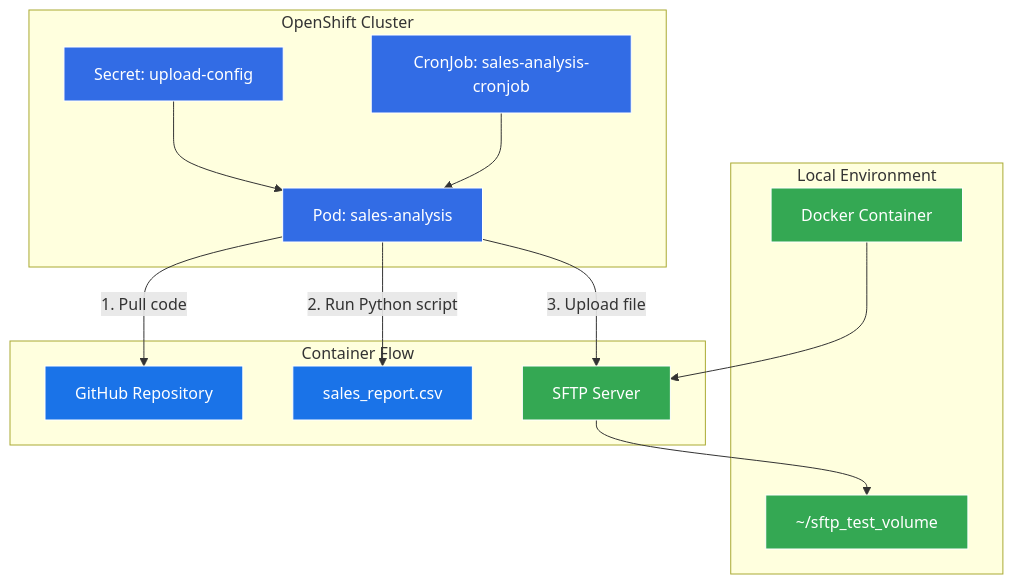
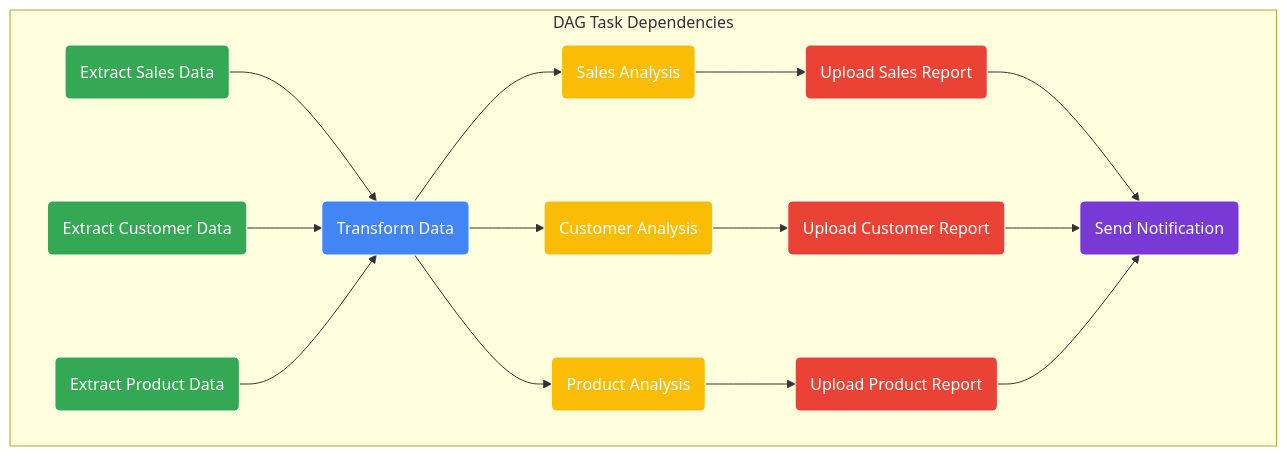
Before and after one commit to prasisiri/pycode-cronjob: the third of 6 diagrams in architecture-diagram.md, drawn with Mermaid. The commit also changed other lines of this file, not shown here.

Commit message:
modified arch diagram

````diff
--- a/architecture-diagram.md
+++ b/architecture-diagram.md
@@ -5,26 +170,50 @@
 ```mermaid
-graph TD
-    subgraph "OpenShift Cluster"
-        CJ[CronJob: sales-analysis-cronjob] --> POD[Pod: sales-analysis]
-        SECRET[Secret: upload-config] --> POD
+flowchart TD
+    subgraph "DAG Task Dependencies"
+        direction LR
+        extract_sales(Extract Sales Data)
+        extract_customers(Extract Customer Data)
+        extract_products(Extract Product Data)
+        
+        transform(Transform Data)
+        
+        analyze_sales(Sales Analysis)
+        analyze_customers(Customer Analysis)
+        analyze_products(Product Analysis)
+        
+        upload_sales(Upload Sales Report)
+        upload_customers(Upload Customer Report)
+        upload_products(Upload Product Report)
+        
+        notification(Send Notification)
+        
+        %% Dependency connections
+        extract_sales --> transform
+        extract_customers --> transform
+        extract_products --> transform
+        
+        transform --> analyze_sales
+        transform --> analyze_customers
+        transform --> analyze_products
+        
+        analyze_sales --> upload_sales
+        analyze_customers --> upload_customers
+        analyze_products --> upload_products
+        
+        upload_sales --> notification
+        upload_customers --> notification
+        upload_products --> notification
     end
     
-    subgraph "Container Flow"
-        POD --> |1. Pull code| GITHUB[GitHub Repository]
-        POD --> |2. Run Python script| CSV[sales_report.csv]
-        POD --> |3. Upload file| SFTP[SFTP Server]
-    end
+    classDef extract fill:#34a853,stroke:#fff,stroke-width:1px,color:#fff
+    classDef transform fill:#4285f4,stroke:#fff,stroke-width:1px,color:#fff
+    classDef analyze fill:#fbbc05,stroke:#fff,stroke-width:1px,color:#fff
+    classDef upload fill:#ea4335,stroke:#fff,stroke-width:1px,color:#fff
+    classDef notify fill:#7839d4,stroke:#fff,stroke-width:1px,color:#fff
     
-    subgraph "Local Environment"
-        SFTP --> VOLUME[~/sftp_test_volume]
-        DOCKER[Docker Container] --> SFTP
-    end
-    
-    classDef openshift fill:#326ce5,stroke:#fff,stroke-width:1px,color:#fff
-    classDef container fill:#1a73e8,stroke:#fff,stroke-width:1px,color:#fff
-    classDef local fill:#34a853,stroke:#fff,stroke-width:1px,color:#fff
-    
-    class CJ,POD,SECRET openshift
-    class GITHUB,CSV container
-    class SFTP,VOLUME,DOCKER local
+    class extract_sales,extract_customers,extract_products extract
+    class transform transform
+    class analyze_sales,analyze_customers,analyze_products analyze
+    class upload_sales,upload_customers,upload_products upload
+    class notification notify
 ```
````
